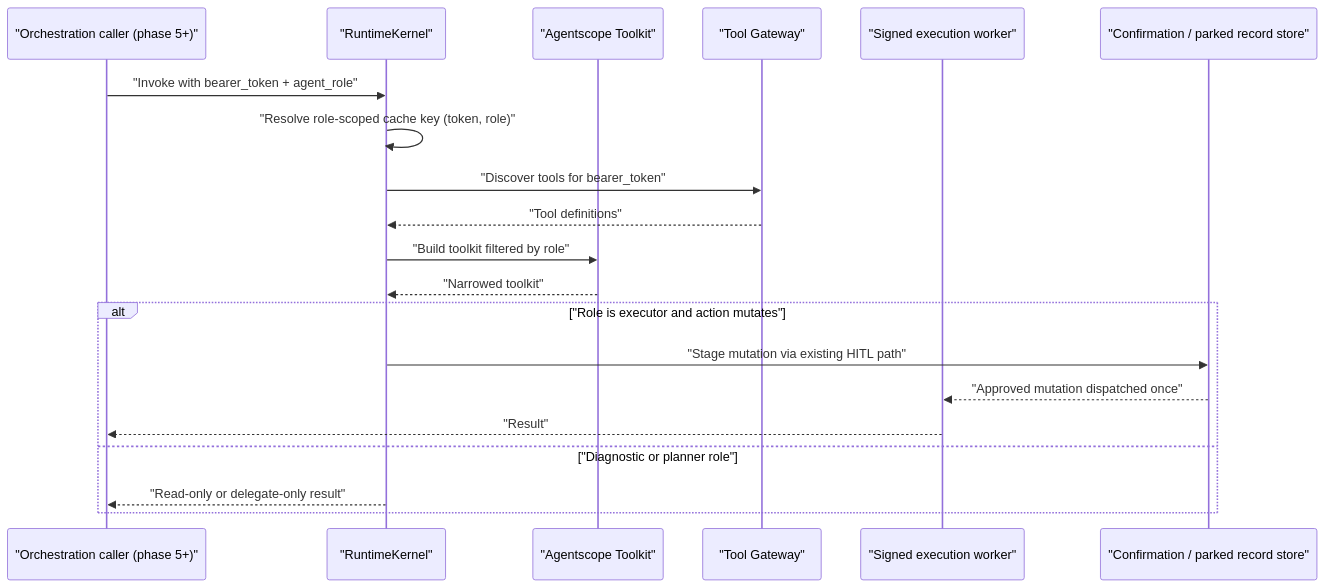
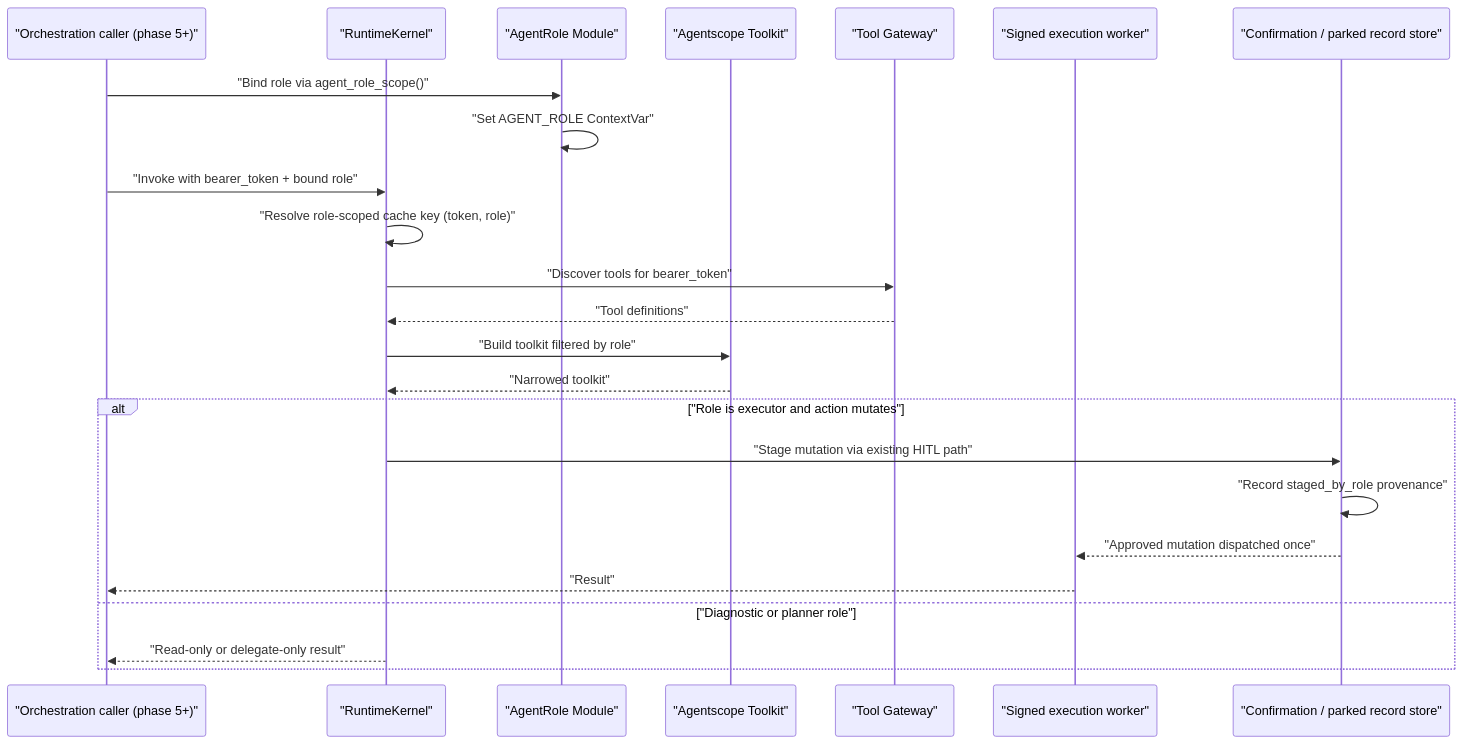
Before and after one commit to metasync/luban-aiops: the second of 7 diagrams in .qoder/repowiki/en/content/Shared Contracts/SPEC-073_ Role-Scoped Agent Identity and Authority.md, drawn with Mermaid. The commit also changed other lines of this file and 22 other files, not shown here.

````diff
--- a/.qoder/repowiki/en/content/Shared Contracts/SPEC-073_ Role-Scoped Agent Identity and Authority.md
+++ b/.qoder/repowiki/en/content/Shared Contracts/SPEC-073_ Role-Scoped Agent Identity and Authority.md
@@ -84,22 +114,26 @@
 ```mermaid
 sequenceDiagram
 participant Caller as "Orchestration caller (phase 5+)"
 participant Kernel as "RuntimeKernel"
+participant RoleModule as "AgentRole Module"
 participant Toolkit as "Agentscope Toolkit"
 participant Gateway as "Tool Gateway"
 participant Worker as "Signed execution worker"
 participant Store as "Confirmation / parked record store"
-Caller->>Kernel : "Invoke with bearer_token + agent_role"
+Caller->>RoleModule : "Bind role via agent_role_scope()"
+RoleModule->>RoleModule : "Set AGENT_ROLE ContextVar"
+Caller->>Kernel : "Invoke with bearer_token + bound role"
 Kernel->>Kernel : "Resolve role-scoped cache key (token, role)"
 Kernel->>Gateway : "Discover tools for bearer_token"
 Gateway-->>Kernel : "Tool definitions"
 Kernel->>Toolkit : "Build toolkit filtered by role"
 Toolkit-->>Kernel : "Narrowed toolkit"
 alt "Role is executor and action mutates"
 Kernel->>Store : "Stage mutation via existing HITL path"
+Store->>Store : "Record staged_by_role provenance"
 Store-->>Worker : "Approved mutation dispatched once"
 Worker-->>Caller : "Result"
 else "Diagnostic or planner role"
 Kernel-->>Caller : "Read-only or delegate-only result"
 end
 ```
````
